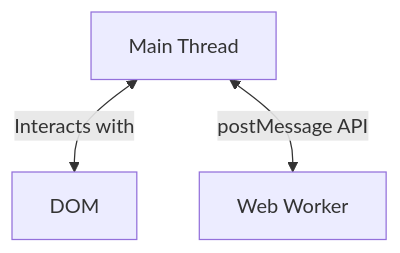
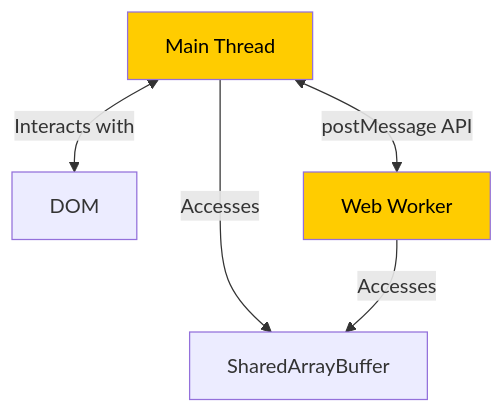
The first of 4 diagrams in slides.md (dev-clemons/wtp-slides), drawn with Mermaid before and after one commit. The commit also changed other lines of this file and 4 other files, not shown here.

````diff
--- a/slides.md
+++ b/slides.md
@@ -165,5 +192,9 @@
 ```mermaid
 graph TD
     A[Main Thread] <-->|Interacts with| B[DOM]
     A <-->|postMessage API| C[Web Worker]
+    A -->|Accesses| D[SharedArrayBuffer]
+    C -->|Accesses| D
+style A fill:#ffcc00, color:#000000
+style C fill:#ffcc00, color:#000000
 ```
````
